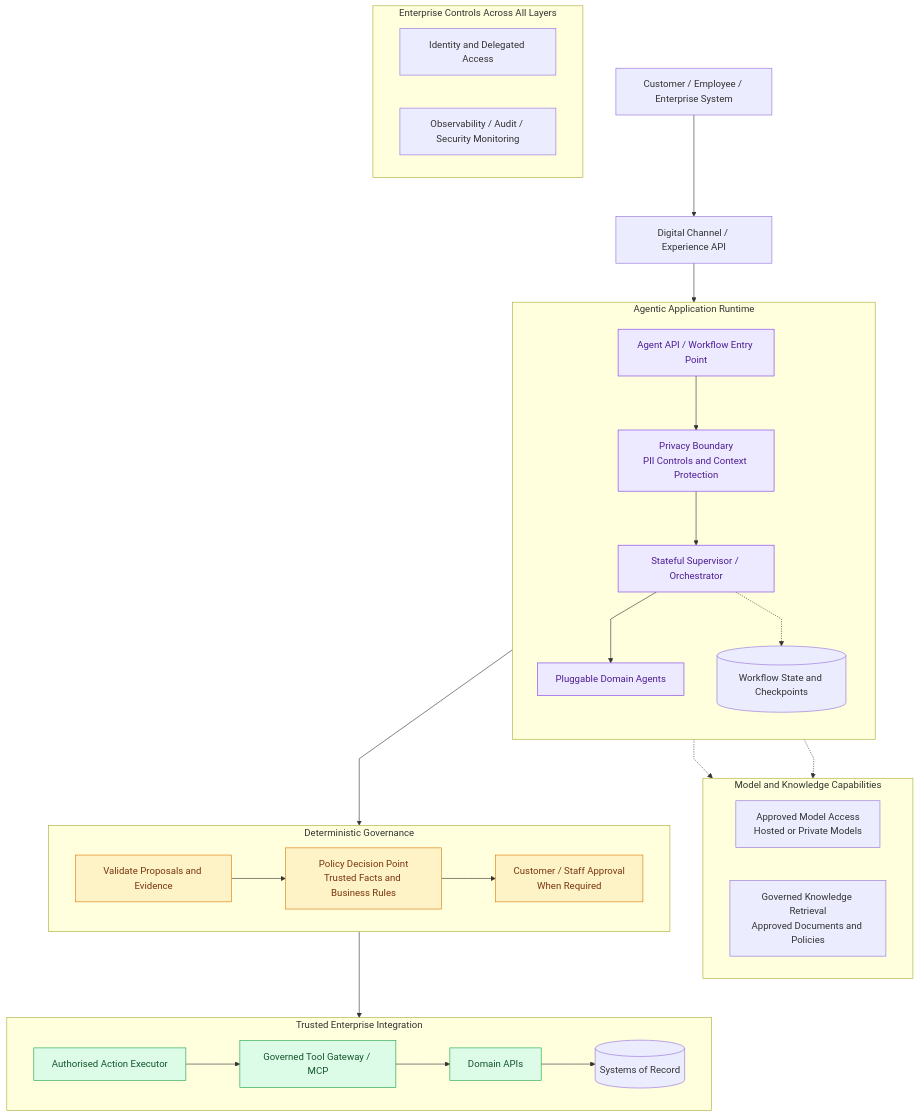
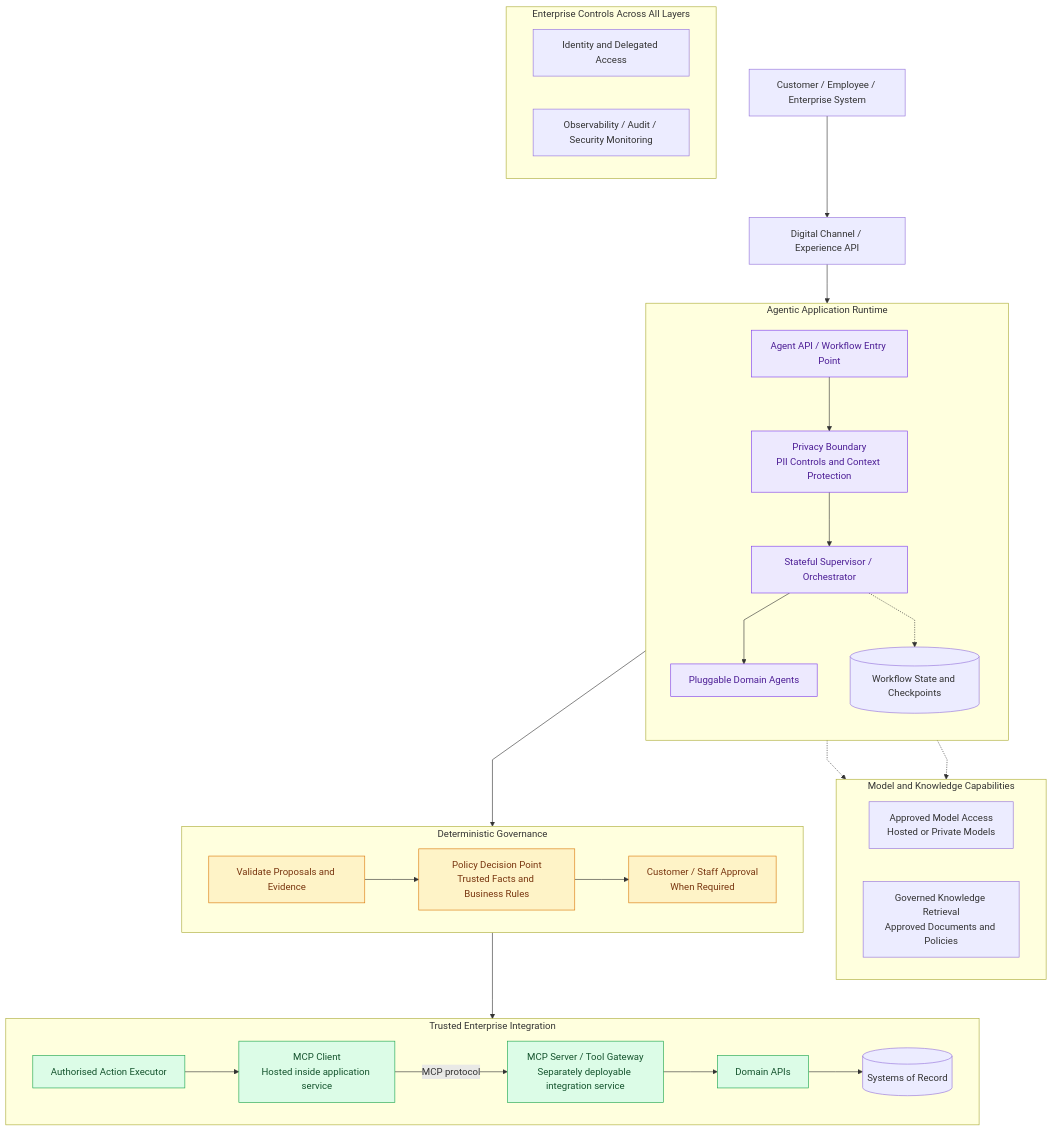
Before and after one commit to kishoreakaveeti/CardServicing: the first of 5 diagrams in docs/reference_architecture.md, drawn with Mermaid. The commit also changed other lines of this file, not shown here.

Commit message:
commit - updated reference architecture

````diff
--- a/docs/reference_architecture.md
+++ b/docs/reference_architecture.md
@@ -3,50 +3,51 @@
 ```mermaid
 %%{init: {"flowchart": {"curve": "linear", "nodeSpacing": 55, "rankSpacing": 65}}}%%
 flowchart TB
     Consumer["Customer / Employee / Enterprise System"] --> Experience["Digital Channel / Experience API"]
 
     subgraph Runtime["Agentic Application Runtime"]
         direction TB
         Entry["Agent API / Workflow Entry Point"] --> Privacy["Privacy Boundary<br/>PII Controls and Context Protection"]
         Privacy --> Orchestrator["Stateful Supervisor / Orchestrator"]
         Orchestrator --> Specialists["Pluggable Domain Agents"]
         Orchestrator -.-> State[("Workflow State and Checkpoints")]
     end
 
     subgraph Intelligence["Model and Knowledge Capabilities"]
         direction LR
         Models["Approved Model Access<br/>Hosted or Private Models"]
         Retrieval["Governed Knowledge Retrieval<br/>Approved Documents and Policies"]
     end
 
     subgraph Governance["Deterministic Governance"]
         direction LR
         Validate["Validate Proposals and Evidence"] --> Rules["Policy Decision Point<br/>Trusted Facts and Business Rules"]
         Rules --> Approval["Customer / Staff Approval<br/>When Required"]
     end
 
     subgraph Integration["Trusted Enterprise Integration"]
         direction LR
-        Executor["Authorised Action Executor"] --> Gateway["Governed Tool Gateway / MCP"]
-        Gateway --> DomainAPI["Domain APIs"] --> Records[("Systems of Record")]
+        Executor["Authorised Action Executor"] --> MCPClient["MCP Client<br/>Hosted inside application service"]
+        MCPClient -->|"MCP protocol"| MCPServer["MCP Server / Tool Gateway<br/>Separately deployable integration service"]
+        MCPServer --> DomainAPI["Domain APIs"] --> Records[("Systems of Record")]
     end
 
     subgraph Crosscutting["Enterprise Controls Across All Layers"]
         direction LR
         Identity["Identity and Delegated Access"]
         Audit["Observability / Audit / Security Monitoring"]
     end
 
     Experience --> Entry
     Specialists --> Validate
     Orchestrator -.-> Models
     Orchestrator -.-> Retrieval
     Approval --> Executor
 
     classDef runtime fill:#ede9fe,stroke:#7c3aed,color:#4c1d95
     classDef control fill:#fef3c7,stroke:#d97706,color:#78350f
     classDef trusted fill:#dcfce7,stroke:#16a34a,color:#14532d
     class Entry,Privacy,Orchestrator,Specialists runtime
     class Validate,Rules,Approval control
-    class Executor,Gateway,DomainAPI trusted
+    class Executor,MCPClient,MCPServer,DomainAPI trusted
 ```
````
